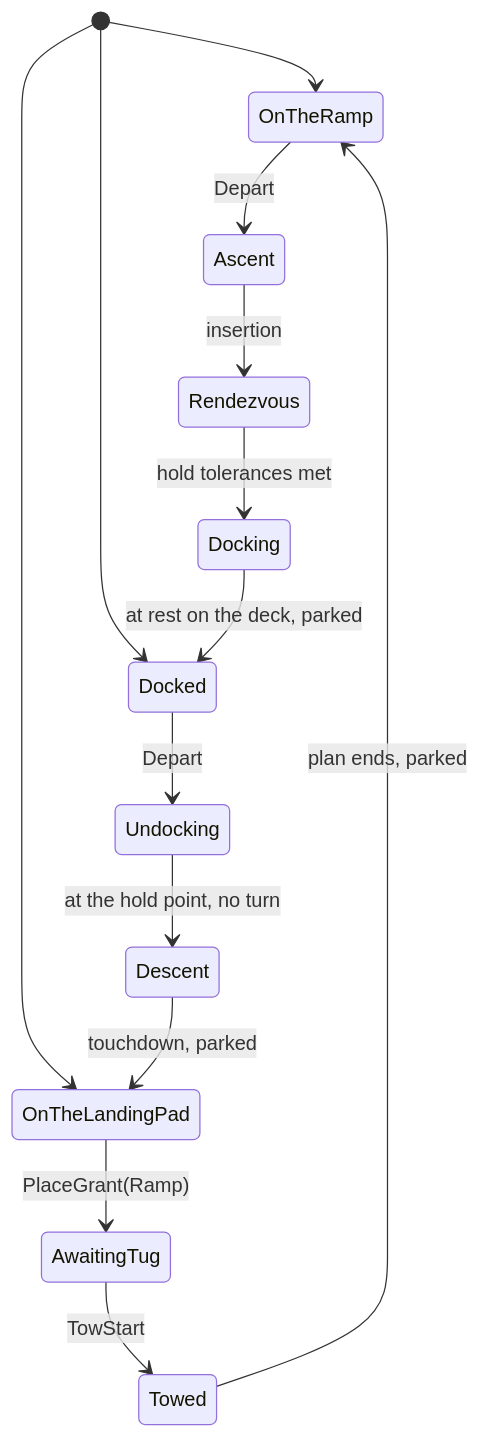
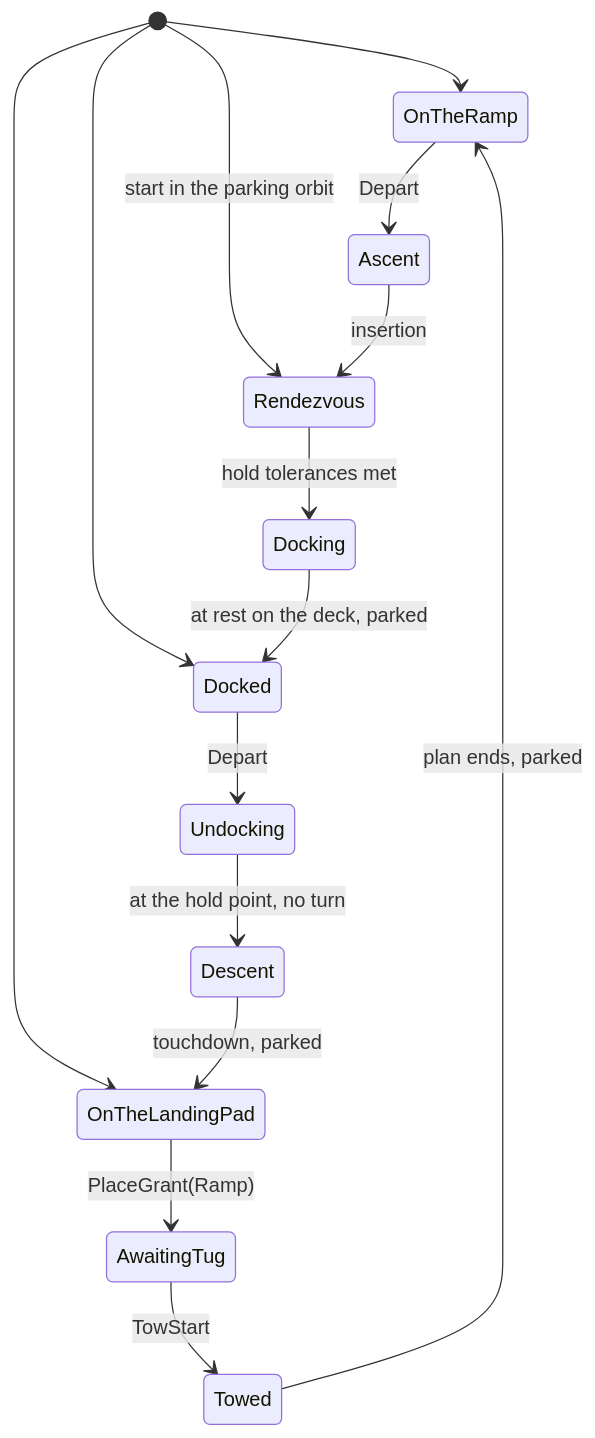
The first of 3 diagrams in docs/plans/live-world.md (alexispurslane/tertius), drawn with Mermaid before and after one commit. The commit also changed other lines of this file, not shown here.

````diff
--- a/docs/plans/live-world.md
+++ b/docs/plans/live-world.md
@@ -132,16 +172,17 @@
 ```mermaid
 stateDiagram-v2
     [*] --> OnTheRamp
     [*] --> OnTheLandingPad
     [*] --> Docked
+    [*] --> Rendezvous: start in the parking orbit
     OnTheRamp --> Ascent: Depart
     Ascent --> Rendezvous: insertion
     Rendezvous --> Docking: hold tolerances met
     Docking --> Docked: at rest on the deck, parked
     Docked --> Undocking: Depart
     Undocking --> Descent: at the hold point, no turn
     Descent --> OnTheLandingPad: touchdown, parked
     OnTheLandingPad --> AwaitingTug: PlaceGrant(Ramp)
     AwaitingTug --> Towed: TowStart
     Towed --> OnTheRamp: plan ends, parked
 ```
````
